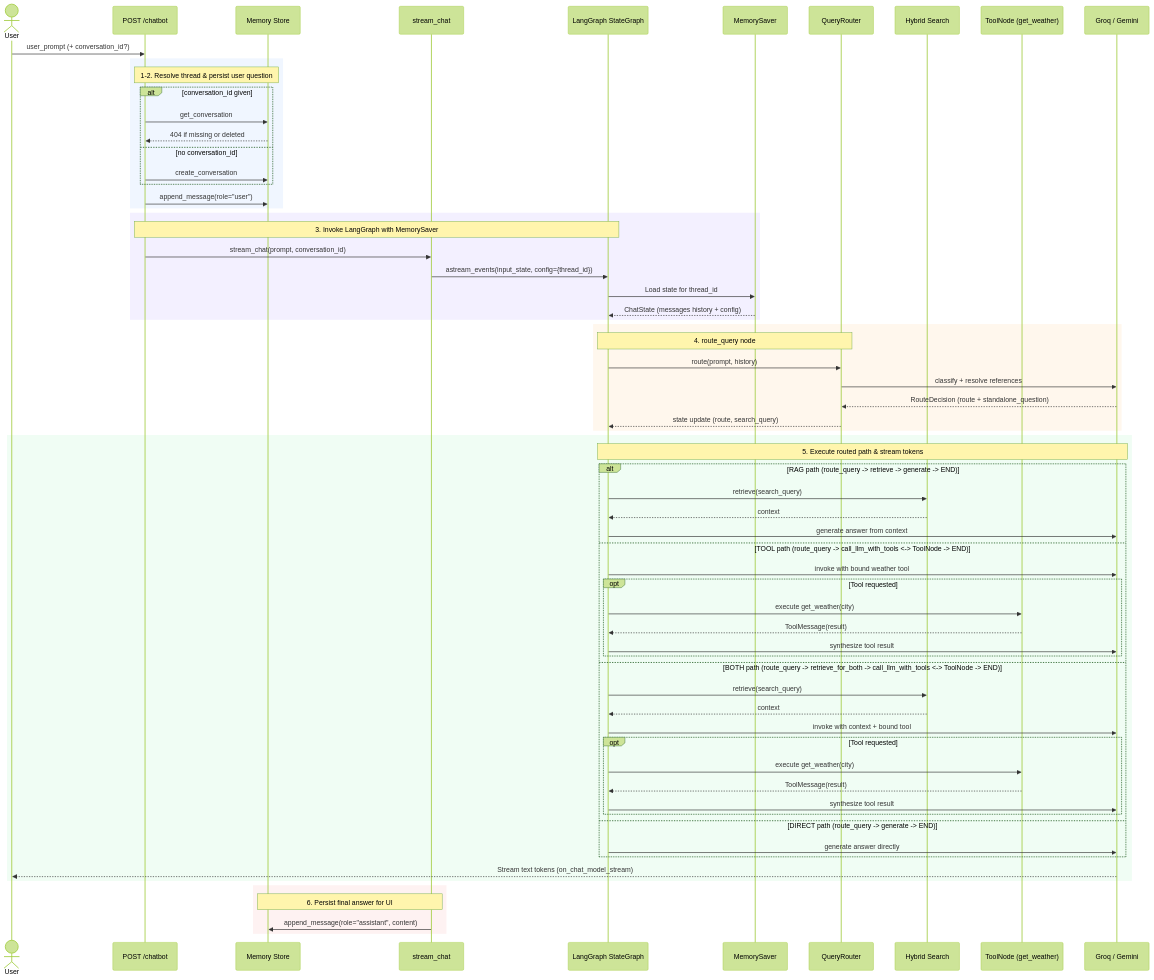
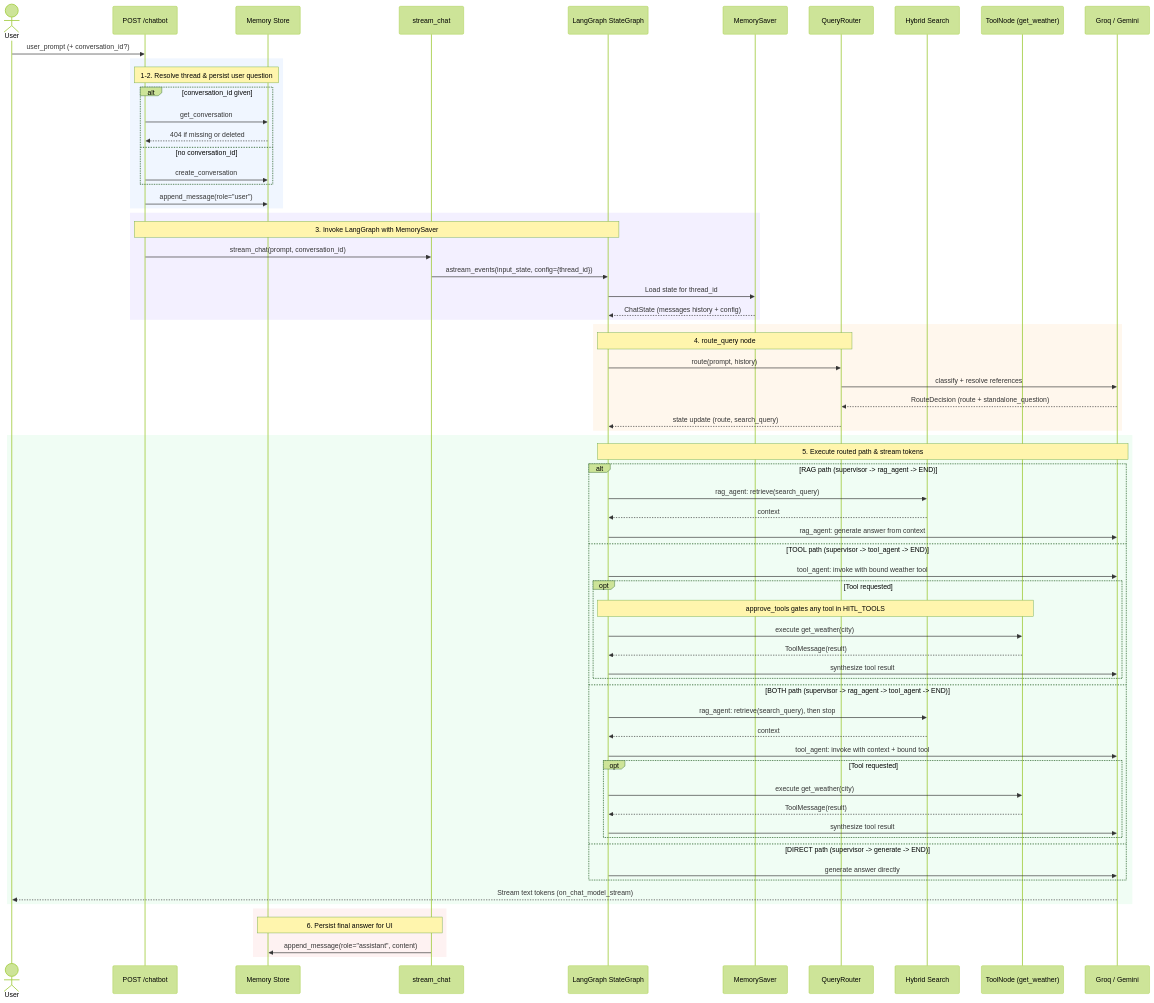
The third of 5 diagrams in docs/workflow.md (Harish1404/LangGraph-AI-Backend), drawn with Mermaid (forest theme) before and after one commit. The commit also changed other lines of this file and 32 other files, not shown here.

````diff
--- a/docs/workflow.md
+++ b/docs/workflow.md
@@ -111,75 +120,76 @@
 ```mermaid
 sequenceDiagram
     actor User
     participant API as POST /chatbot
     participant Store as Memory Store
     participant Stream as stream_chat
     participant Graph as LangGraph StateGraph
     participant Checkpoint as MemorySaver
     participant Router as QueryRouter
     participant RAG as Hybrid Search
     participant Tool as ToolNode (get_weather)
     participant LLM as Groq / Gemini
 
     User->>API: user_prompt (+ conversation_id?)
 
     rect rgb(240, 246, 255)
         Note over API,Store: 1-2. Resolve thread & persist user question
         alt conversation_id given
             API->>Store: get_conversation
             Store-->>API: 404 if missing or deleted
         else no conversation_id
             API->>Store: create_conversation
         end
         API->>Store: append_message(role="user")
     end
 
     rect rgb(243, 240, 255)
         Note over API,Graph: 3. Invoke LangGraph with MemorySaver
         API->>Stream: stream_chat(prompt, conversation_id)
         Stream->>Graph: astream_events(input_state, config={thread_id})
         Graph->>Checkpoint: Load state for thread_id
         Checkpoint-->>Graph: ChatState (messages history + config)
     end
 
     rect rgb(255, 247, 237)
         Note over Graph,Router: 4. route_query node
         Graph->>Router: route(prompt, history)
         Router->>LLM: classify + resolve references
         LLM-->>Router: RouteDecision (route + standalone_question)
         Router-->>Graph: state update (route, search_query)
     end
 
     rect rgb(240, 253, 244)
         Note over Graph,LLM: 5. Execute routed path & stream tokens
-        alt RAG path (route_query -> retrieve -> generate -> END)
-            Graph->>RAG: retrieve(search_query)
+        alt RAG path (supervisor -> rag_agent -> END)
+            Graph->>RAG: rag_agent: retrieve(search_query)
             RAG-->>Graph: context
-            Graph->>LLM: generate answer from context
-        else TOOL path (route_query -> call_llm_with_tools <-> ToolNode -> END)
-            Graph->>LLM: invoke with bound weather tool
+            Graph->>LLM: rag_agent: generate answer from context
+        else TOOL path (supervisor -> tool_agent -> END)
+            Graph->>LLM: tool_agent: invoke with bound weather tool
+            opt Tool requested
+                Note over Graph,Tool: approve_tools gates any tool in HITL_TOOLS
+                Graph->>Tool: execute get_weather(city)
+                Tool-->>Graph: ToolMessage(result)
+                Graph->>LLM: synthesize tool result
+            end
+        else BOTH path (supervisor -> rag_agent -> tool_agent -> END)
+            Graph->>RAG: rag_agent: retrieve(search_query), then stop
+            RAG-->>Graph: context
+            Graph->>LLM: tool_agent: invoke with context + bound tool
             opt Tool requested
                 Graph->>Tool: execute get_weather(city)
                 Tool-->>Graph: ToolMessage(result)
                 Graph->>LLM: synthesize tool result
             end
-        else BOTH path (route_query -> retrieve_for_both -> call_llm_with_tools <-> ToolNode -> END)
-            Graph->>RAG: retrieve(search_query)
-            RAG-->>Graph: context
-            Graph->>LLM: invoke with context + bound tool
-            opt Tool requested
-                Graph->>Tool: execute get_weather(city)
-                Tool-->>Graph: ToolMessage(result)
-                Graph->>LLM: synthesize tool result
-            end
-        else DIRECT path (route_query -> generate -> END)
+        else DIRECT path (supervisor -> generate -> END)
             Graph->>LLM: generate answer directly
         end
         LLM-->>User: Stream text tokens (on_chat_model_stream)
     end
 
     rect rgb(254, 242, 242)
         Note over Stream,Store: 6. Persist final answer for UI
         Stream->>Store: append_message(role="assistant", content)
     end
 ```
````
